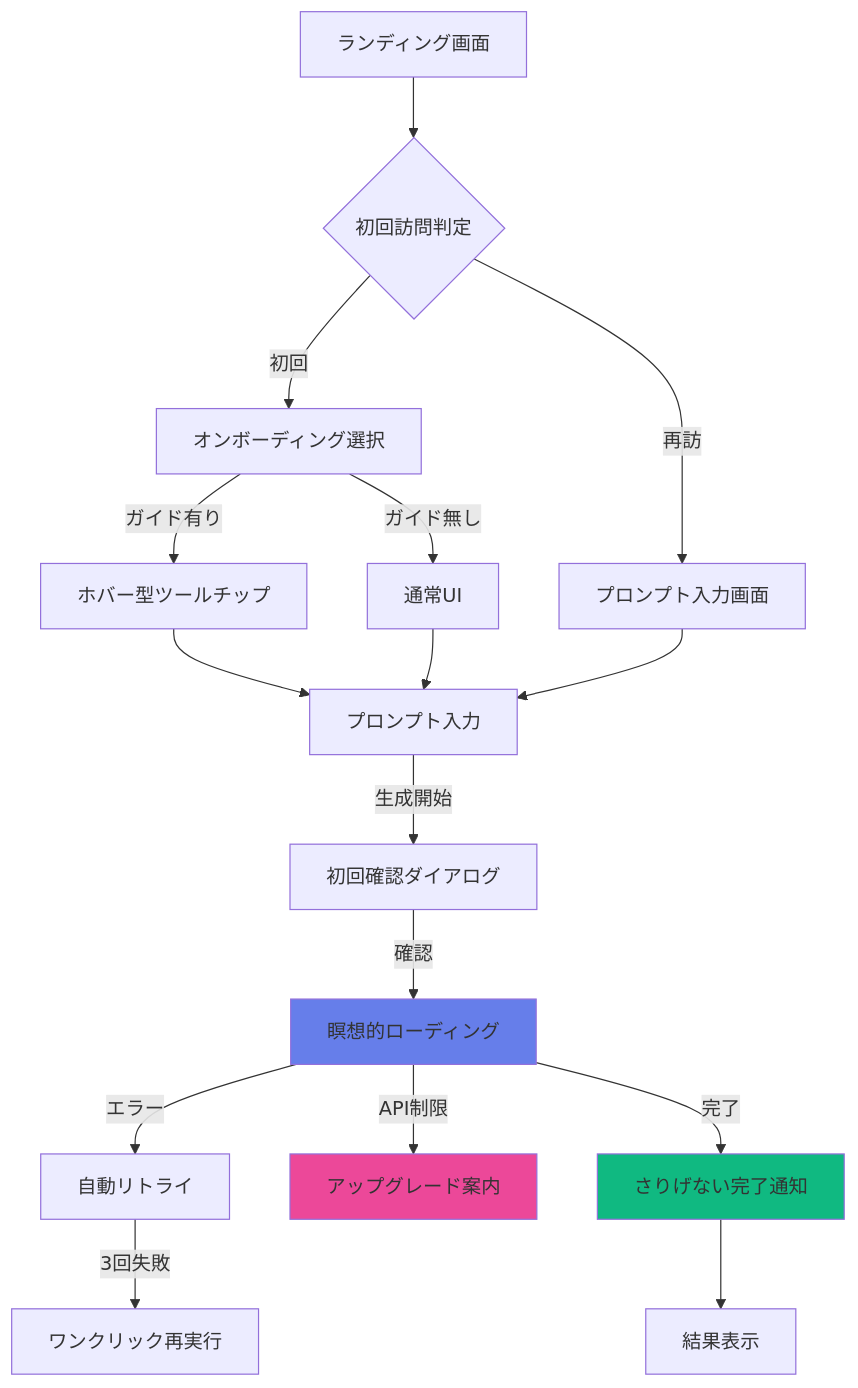
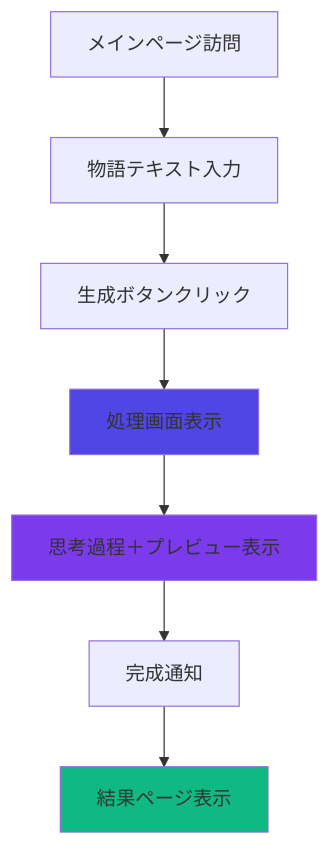
Before and after one commit to WLONEGI/AI_Agent_Hackathon_with_Google_Cloud_3rd: the diagram in Document/07.UI_UX設計書.md, drawn with Mermaid. The commit also changed other lines of this file and 36 other files, not shown here.

````diff
--- a/Document/07.UI_UX設計書.md
+++ b/Document/07.UI_UX設計書.md
@@ -265,22 +295,13 @@
 ```mermaid
 flowchart TD
-    A[ランディング画面] --> B{初回訪問判定}
-    B -->|初回| C[オンボーディング選択]
-    B -->|再訪| D[プロンプト入力画面]
-    C -->|ガイド有り| E[ホバー型ツールチップ]
-    C -->|ガイド無し| F[通常UI]
-    E --> G[プロンプト入力]
-    F --> G
-    D --> G
-    G -->|生成開始| H[初回確認ダイアログ]
-    H -->|確認| I[瞑想的ローディング]
-    I -->|エラー| J[自動リトライ]
-    I -->|API制限| K[アップグレード案内]
-    I -->|完了| L[さりげない完了通知]
-    J -->|3回失敗| M[ワンクリック再実行]
-    L --> N[結果表示]
+    A[メインページ訪問] --> B[物語テキスト入力]
+    B --> C[生成ボタンクリック]
+    C --> D[処理画面表示]
+    D --> E[思考過程＋プレビュー表示]
+    E --> F[完成通知]
+    F --> G[結果ページ表示]
     
-    style I fill:#667EEA
-    style K fill:#EC4899
-    style L fill:#10B981
+    style D fill:#4f46e5
+    style E fill:#7c3aed
+    style G fill:#10b981
 ```
````
